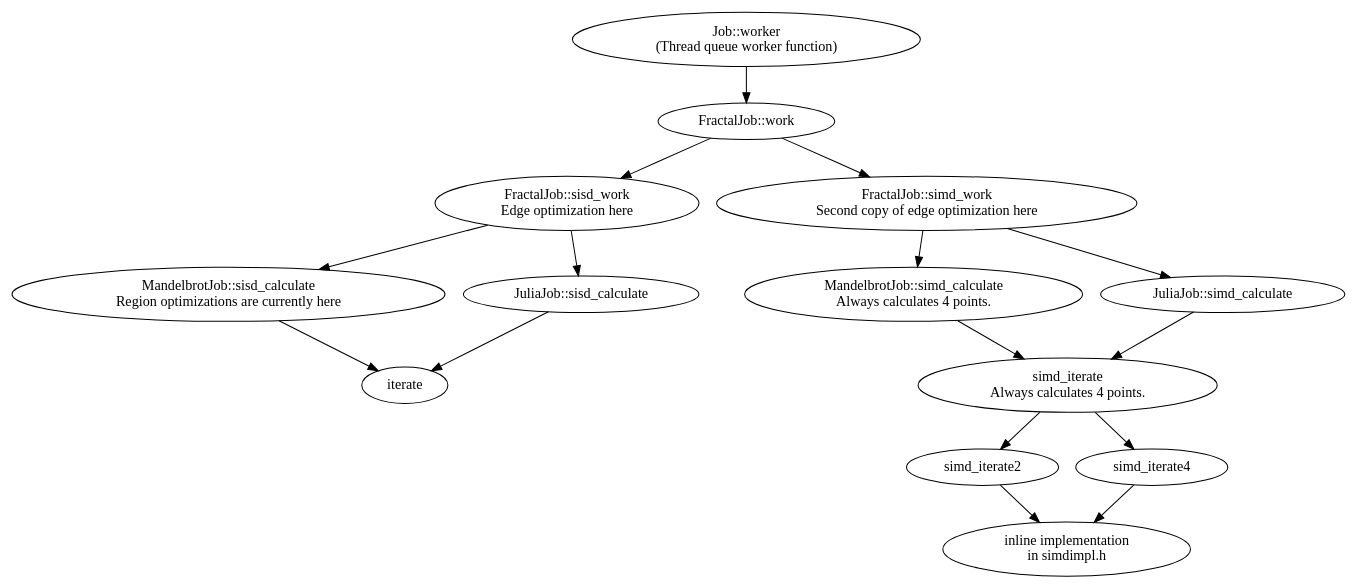
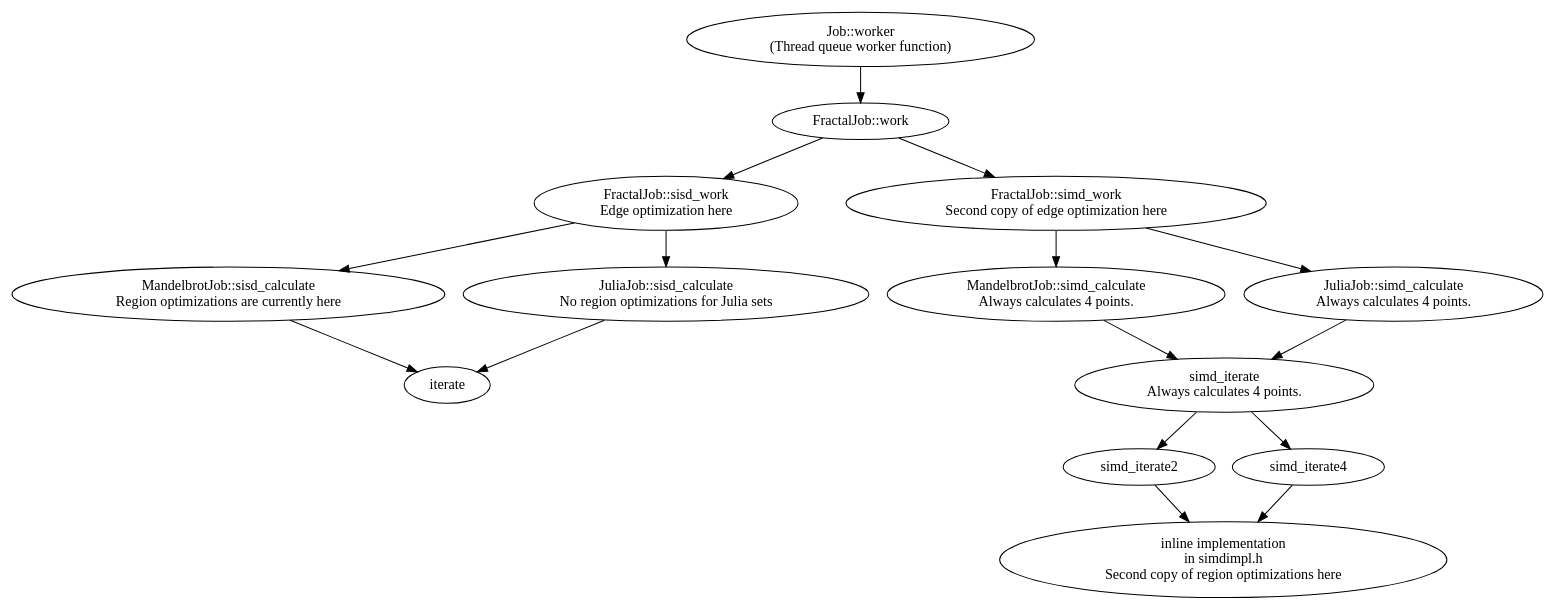
Before and after one commit to ewxrjk/mandy: the diagram in lib/calltree.dot, drawn with Graphviz. The commit also changed 5 other files, not shown here.

Commit message:
Region optimization for SIMD

```diff
--- a/lib/calltree.dot
+++ b/lib/calltree.dot
@@ -1,41 +1,39 @@
 digraph calltree {
 
   Job_worker -> FractalJob_work;
   Job_worker[label="Job::worker\n(Thread queue worker function)"];
 
   FractalJob_work -> FractalJob_sisd_work;
   FractalJob_work -> FractalJob_simd_work;
   FractalJob_work[label="FractalJob::work"];
 
   FractalJob_sisd_work -> MandelbrotJob_sisd_calculate;
   FractalJob_sisd_work -> JuliaJob_sisd_calculate;
   FractalJob_sisd_work[label="FractalJob::sisd_work\nEdge optimization here"];
   # The design is wrong; edge optimization should be in FractalJob::work.
 
   FractalJob_simd_work -> MandelbrotJob_simd_calculate;
   FractalJob_simd_work -> JuliaJob_simd_calculate;
   FractalJob_simd_work[label="FractalJob::simd_work\nSecond copy of edge optimization here"];
 
   MandelbrotJob_sisd_calculate -> iterate;
   MandelbrotJob_sisd_calculate[label="MandelbrotJob::sisd_calculate\nRegion optimizations are currently here"];
-  # The region optimizations are entirely missing from the SIMD code path.
-  # Again the design is wrong.
 
   MandelbrotJob_simd_calculate -> simd_iterate;
   MandelbrotJob_simd_calculate[label="MandelbrotJob::simd_calculate\nAlways calculates 4 points."];
 
   JuliaJob_sisd_calculate -> iterate;
-  JuliaJob_sisd_calculate[label="JuliaJob::sisd_calculate"];
+  JuliaJob_sisd_calculate[label="JuliaJob::sisd_calculate\nNo region optimizations for Julia sets"];
 
   JuliaJob_simd_calculate -> simd_iterate;
-  JuliaJob_simd_calculate[label="JuliaJob::simd_calculate"];
+  JuliaJob_simd_calculate[label="JuliaJob::simd_calculate\nAlways calculates 4 points."];
 
   simd_iterate -> simd_iterate2;
   simd_iterate -> simd_iterate4;
   simd_iterate[label="simd_iterate\nAlways calculates 4 points."];
 
   simd_iterate2 -> simdimpl_h;
   simd_iterate4 -> simdimpl_h;
-  simdimpl_h[label="inline implementation\nin simdimpl.h"];
+  simdimpl_h[label="inline implementation\nin simdimpl.h\nSecond copy of region optimizations here"];
   
 }
```
